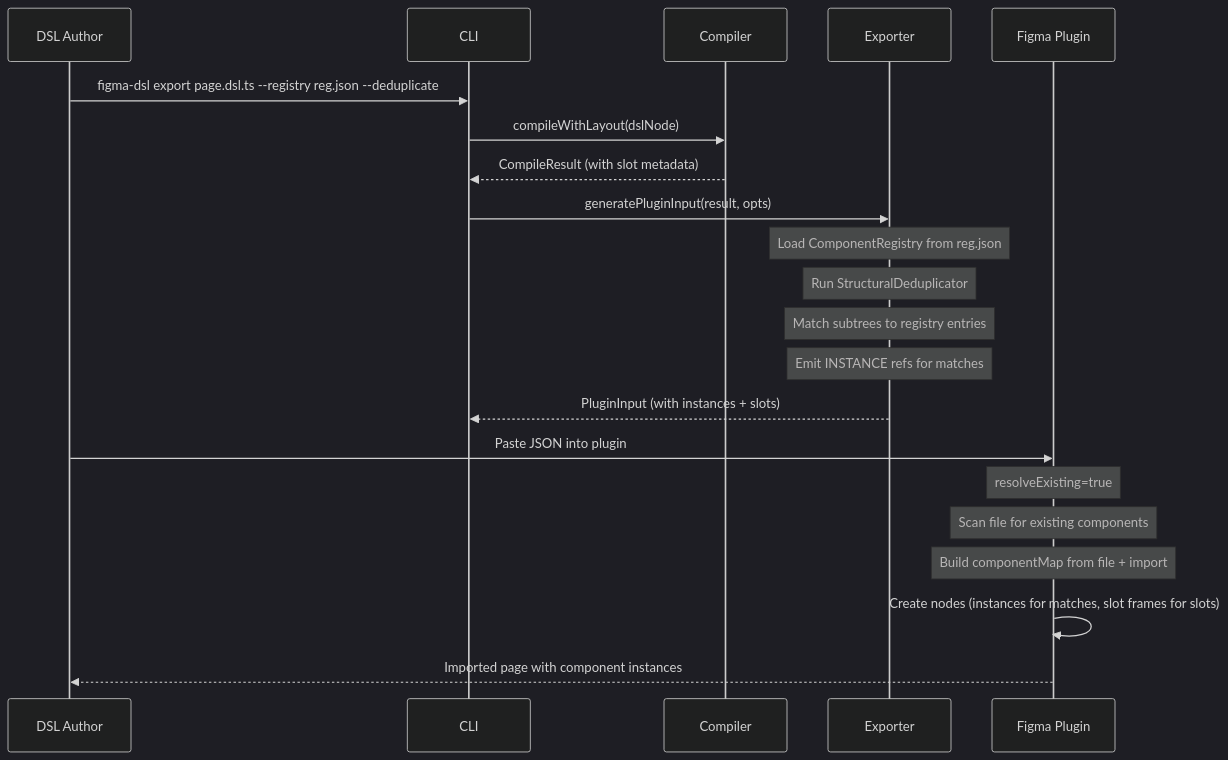
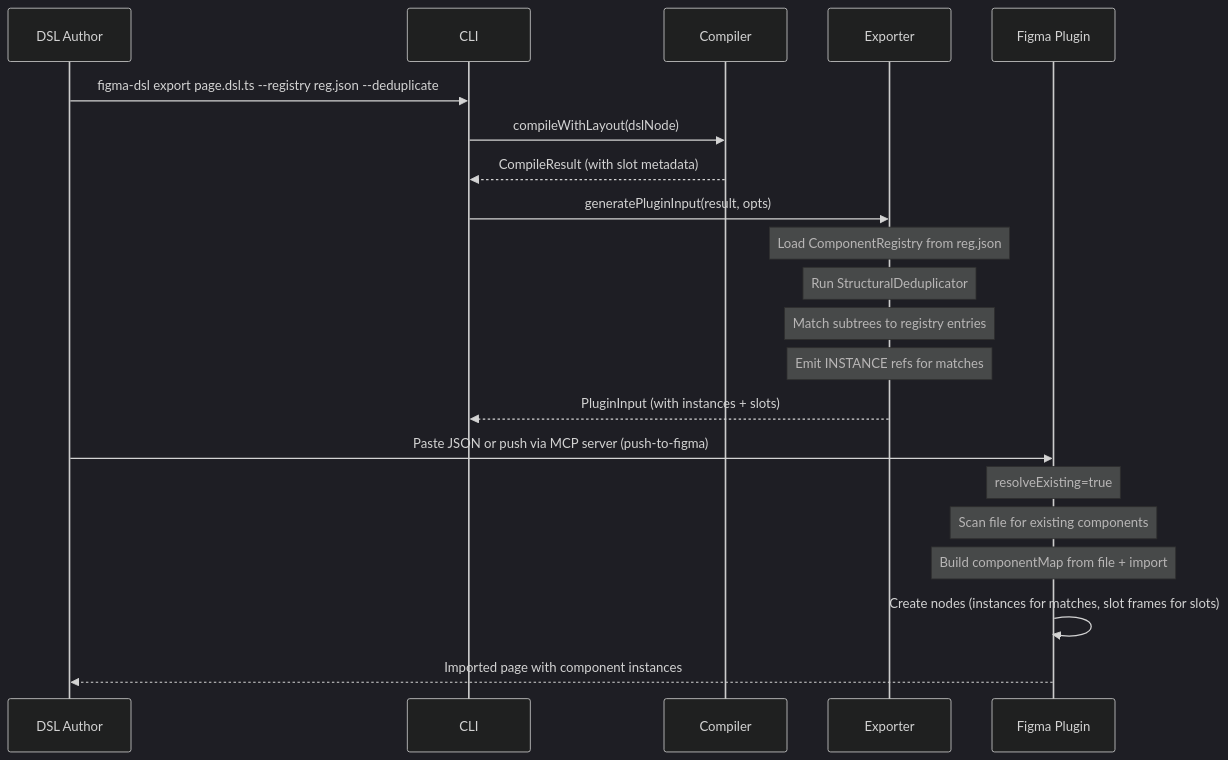
The second of 4 diagrams in .kiro/specs/figma-slots-component-reuse/design.md (TETRA2000/figma-component-dsl), drawn with Mermaid (dark theme) before and after one commit. The commit also changed other lines of this file, not shown here.

First line of the commit message:
Add MCP server / real-time sync integration section to design

````diff
--- a/.kiro/specs/figma-slots-component-reuse/design.md
+++ b/.kiro/specs/figma-slots-component-reuse/design.md
@@ -123,24 +133,24 @@
 ```mermaid
 sequenceDiagram
   participant Author as DSL Author
   participant CLI as CLI
   participant Compiler as Compiler
   participant Exporter as Exporter
   participant Plugin as Figma Plugin
 
   Author->>CLI: figma-dsl export page.dsl.ts --registry reg.json --deduplicate
   CLI->>Compiler: compileWithLayout(dslNode)
   Compiler-->>CLI: CompileResult (with slot metadata)
   CLI->>Exporter: generatePluginInput(result, opts)
   Note over Exporter: Load ComponentRegistry from reg.json
   Note over Exporter: Run StructuralDeduplicator
   Note over Exporter: Match subtrees to registry entries
   Note over Exporter: Emit INSTANCE refs for matches
   Exporter-->>CLI: PluginInput (with instances + slots)
-  Author->>Plugin: Paste JSON into plugin
+  Author->>Plugin: Paste JSON or push via MCP server (push-to-figma)
   Note over Plugin: resolveExisting=true
   Note over Plugin: Scan file for existing components
   Note over Plugin: Build componentMap from file + import
   Plugin->>Plugin: Create nodes (instances for matches, slot frames for slots)
   Plugin-->>Author: Imported page with component instances
 ```
````
